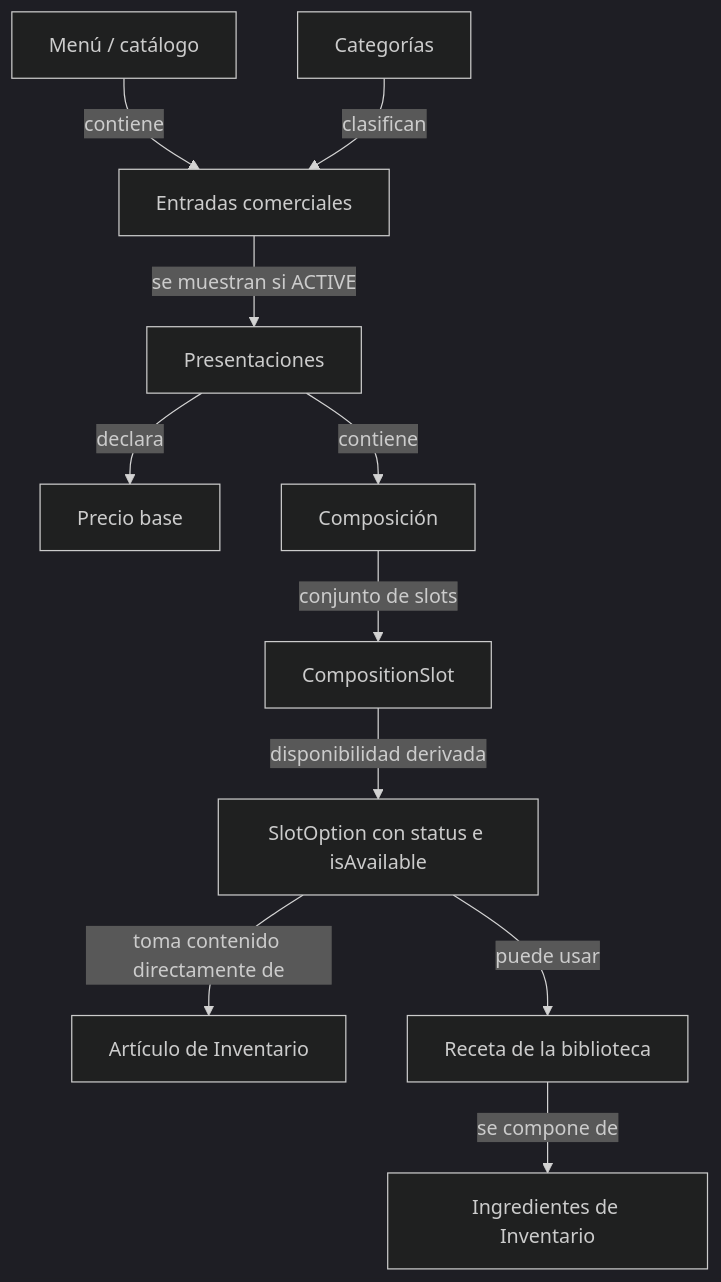
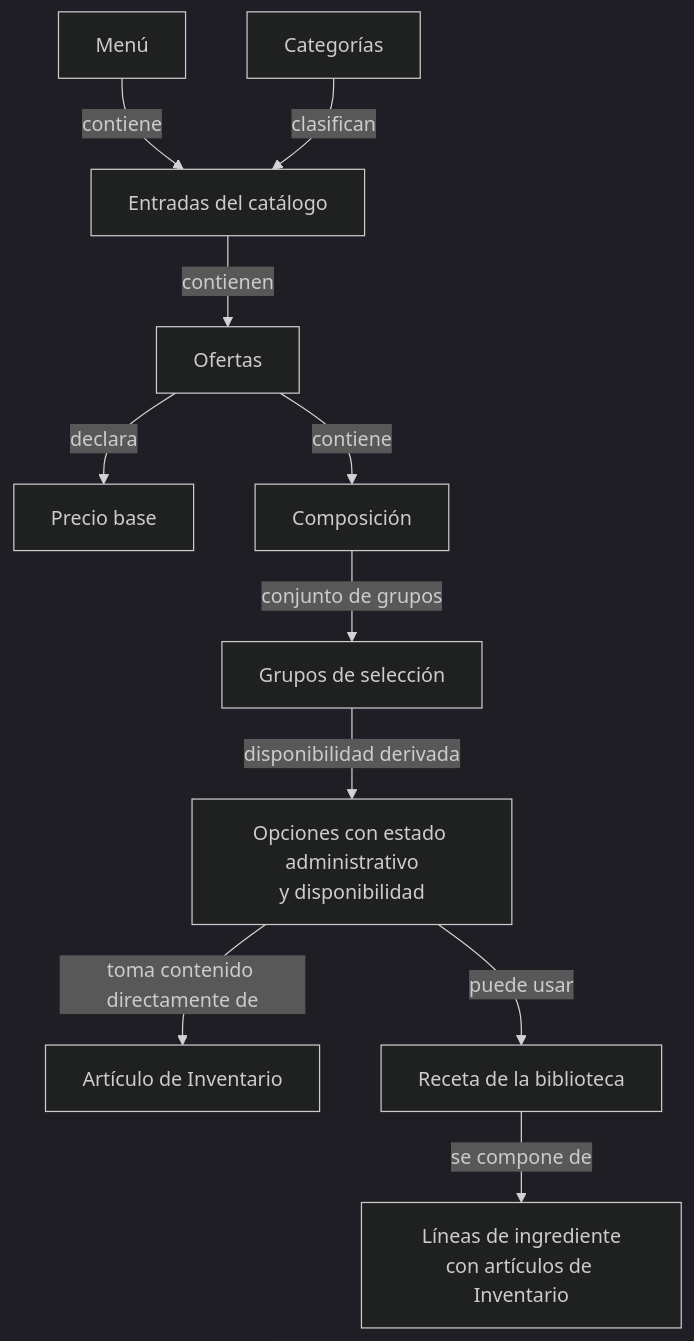
One commit to FMAT-Restaurant/Menu-Documentation changed the first of 7 diagrams in docs/ers/architechture.md. Above: the diagram before and after it, drawn with Mermaid (dark theme). The commit also changed other lines of this file and 21 other files, not shown here.

````diff
--- a/docs/ers/architechture.md
+++ b/docs/ers/architechture.md
@@ -84,13 +63,13 @@
 ```mermaid
 flowchart TB
-    Menu["Menú / catálogo"] -->|contiene| Entries["Entradas comerciales"]
+    Menu["Menú"] -->|contiene| Entries["Entradas del catálogo"]
     Categories["Categorías"] -->|clasifican| Entries
-    Entries -->|se muestran si ACTIVE| Offers["Presentaciones"]
+    Entries -->|contienen| Offers["Ofertas"]
     Offers -->|declara| BasePrice["Precio base"]
     Offers -->|contiene| Composition["Composición"]
-    Composition -->|conjunto de slots| Slots["CompositionSlot"]
-    Slots -->|disponibilidad derivada| Options["SlotOption con status e isAvailable"]
+    Composition -->|conjunto de grupos| Slots["Grupos de selección"]
+    Slots -->|disponibilidad derivada| Options["Opciones con estado administrativo<br/>y disponibilidad"]
     Options -->|toma contenido directamente de| InventoryItem["Artículo de Inventario"]
     Options -->|puede usar| Recipe["Receta de la biblioteca"]
-    Recipe -->|se compone de| Ingredients["Ingredientes de Inventario"]
+    Recipe -->|se compone de| Ingredients["Líneas de ingrediente<br/>con artículos de Inventario"]
 ```
````
